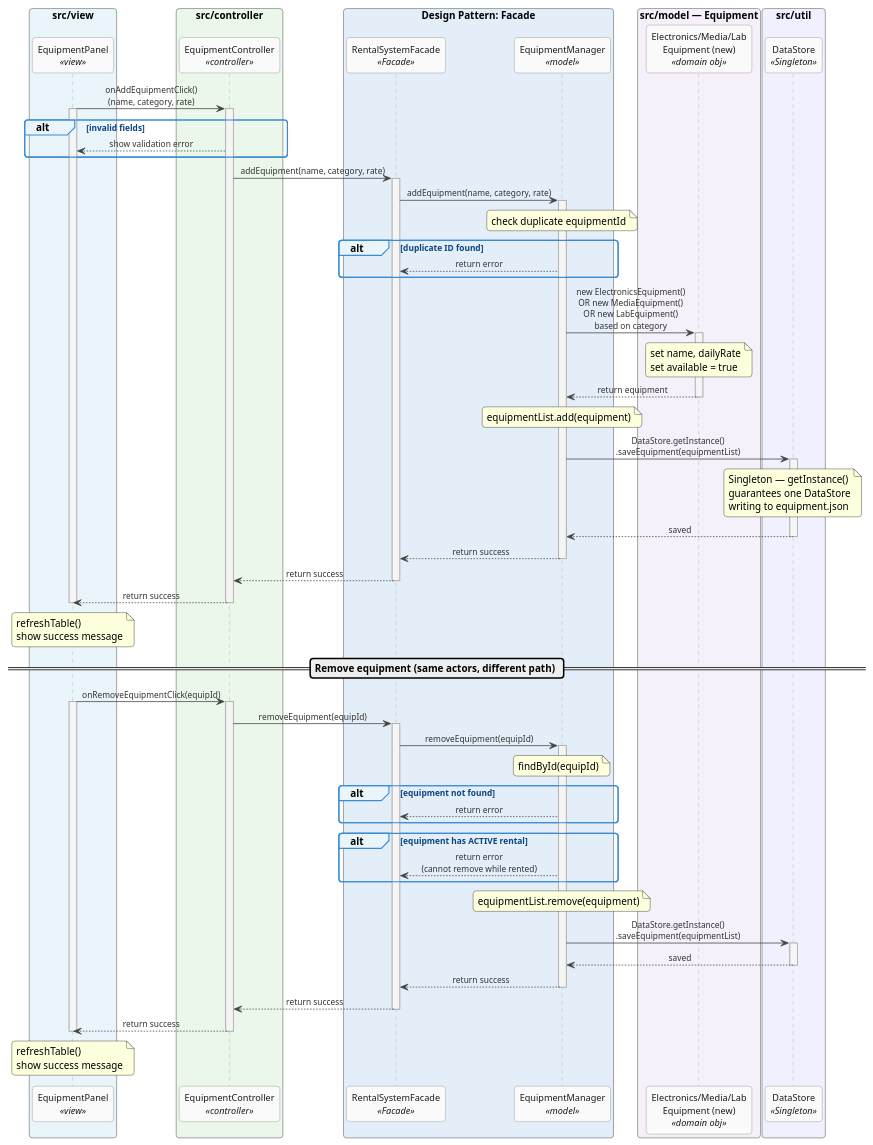
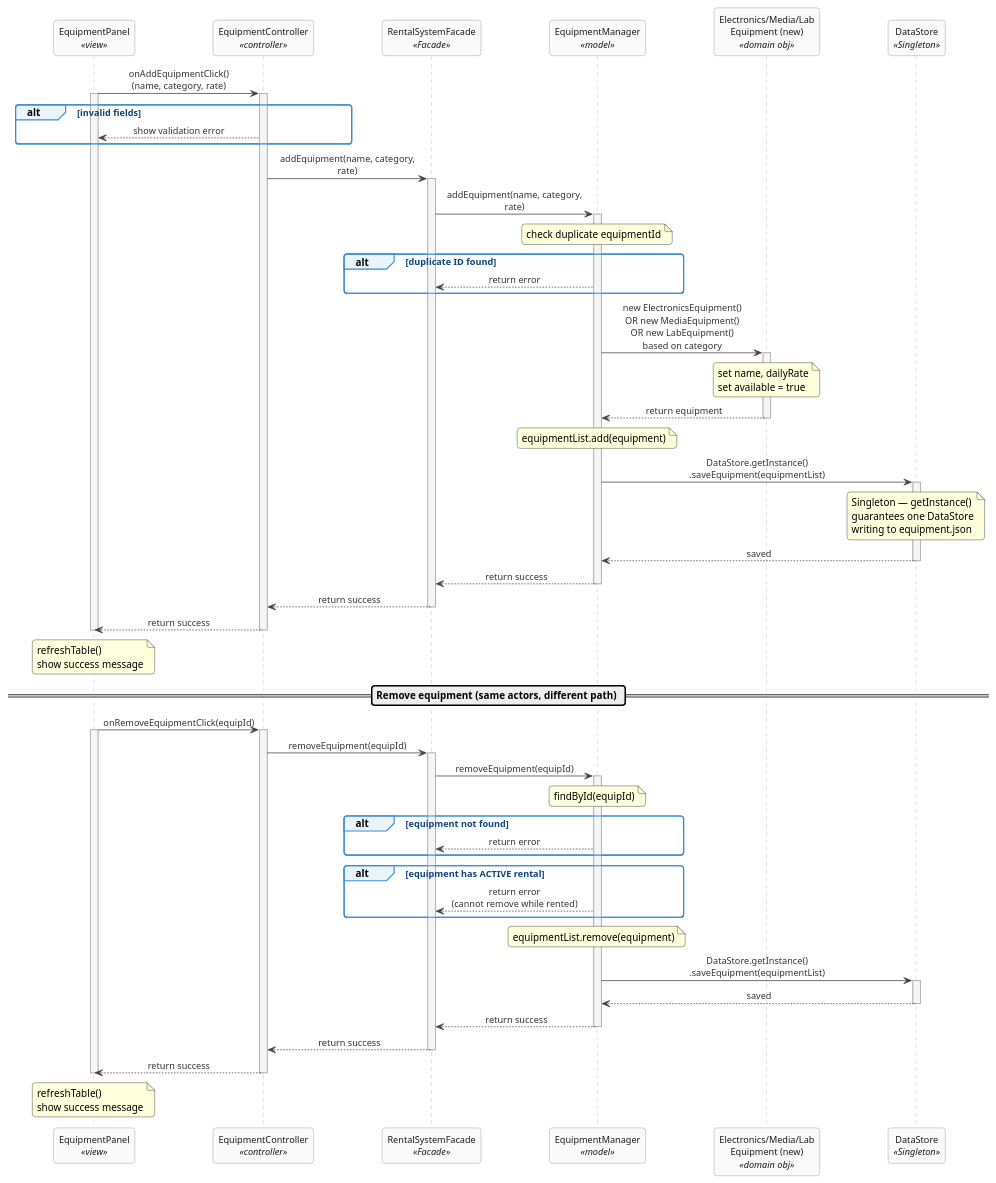
The diagram in diagrams/FINAL_sequence_manage_equipment.puml (sarafidi/G1_SmartEquipmentRental-BillingSystem), drawn with PlantUML before and after one commit. The commit also changed 12 other files, not shown here.

```diff
--- a/diagrams/FINAL_sequence_manage_equipment.puml
+++ b/diagrams/FINAL_sequence_manage_equipment.puml
@@ -1,171 +1,158 @@
 @startuml ManageEquipment
 
 skinparam sequenceMessageAlign center
 skinparam responseMessageBelowArrow true
 skinparam maxMessageSize 200
 skinparam roundcorner 8
 skinparam shadowing false
 skinparam stereotypePosition bottom
+skinparam ParticipantPadding 40
 
 skinparam participant {
   BackgroundColor #FAFAFA
   BorderColor     #888888
   FontColor       #1A1A1A
   FontSize        12
 }
 
 skinparam sequence {
   ArrowColor              #444441
-  ArrowFontSize           11
+  ArrowFontSize           12
   ArrowFontColor          #333333
   LifeLineBorderColor     #AAAAAA
   LifeLineBackgroundColor #F5F5F5
   GroupBackgroundColor    #EAF4FB
   GroupBorderColor        #3B8BD4
   GroupFontColor          #0C447C
-  GroupFontSize           11
+  GroupFontSize           12
   NoteBackgroundColor     #FFF8E8
   NoteBorderColor         #AAAAAA
-  NoteFontSize            11
+  NoteFontSize            12
 }
 
 ' ═══════════════════════════════════════════════════
 ' PARTICIPANTS — matches visual diagram 4
 ' 6 lifelines: EquipmentPanel, EquipmentController,
 '              Facade, EquipmentManager,
 '              Equipment (new obj), DataStore
 ' ═══════════════════════════════════════════════════
-box "src/view" #EAF4FB
-  participant "EquipmentPanel" as View <<view>>
-end box
-
-box "src/controller" #EAF7EA
-  participant "EquipmentController" as Ctrl <<controller>>
-end box
-
-box "Design Pattern: Facade" #E3EEF9
-  participant "RentalSystemFacade" as Facade <<Facade>>
-  participant "EquipmentManager" as EqMgr <<model>>
-end box
-
-box "src/model — Equipment" #F5F0FA
-  participant "Electronics/Media/Lab\nEquipment (new)" as EqObj <<domain obj>>
-end box
-
-box "src/util" #F0F0FF
-  participant "DataStore" as DS <<Singleton>>
-end box
+participant "EquipmentPanel" as View <<view>>
+participant "EquipmentController" as Ctrl <<controller>>
+participant "RentalSystemFacade" as Facade <<Facade>>
+participant "EquipmentManager" as EqMgr <<model>>
+participant "Electronics/Media/Lab\nEquipment (new)" as EqObj <<domain obj>>
+participant "DataStore" as DS <<Singleton>>
 
 ' ═══════════════════════════════════════════════════
 ' MESSAGE FLOW — matches visual diagram 4
 ' ═══════════════════════════════════════════════════
 
 ' Step 1 — Admin fills add-equipment form
 View -> Ctrl : onAddEquipmentClick()\n(name, category, rate)
 activate View
 activate Ctrl
 
 ' alt: invalid fields
 group alt [invalid fields]
   Ctrl --> View : show validation error
 end
 
 ' Step 2
 Ctrl -> Facade : addEquipment(name, category, rate)
 activate Facade
 
 ' Step 3
 Facade -> EqMgr : addEquipment(name, category, rate)
 activate EqMgr
 
 ' Step 4 — duplicate check
 note over EqMgr : check duplicate equipmentId
 
 group alt [duplicate ID found]
   EqMgr --> Facade : return error
 end
 
 ' Step 5 — polymorphism: instantiate correct subclass
 EqMgr -> EqObj : new ElectronicsEquipment()\nOR new MediaEquipment()\nOR new LabEquipment()\nbased on category
 activate EqObj
 
 ' Step 6
 note over EqObj : set name, dailyRate\nset available = true
 
 ' Step 7
 EqObj --> EqMgr : return equipment
 deactivate EqObj
 
 ' Step 8
 note over EqMgr : equipmentList.add(equipment)
 
 ' Step 9 — persist via Singleton
 EqMgr -> DS : DataStore.getInstance()\n.saveEquipment(equipmentList)
 activate DS
 
 note over DS : Singleton — getInstance()\nguarantees one DataStore\nwriting to equipment.json
 
 DS --> EqMgr : saved
 deactivate DS
 
 ' Step 12
 EqMgr --> Facade : return success
 deactivate EqMgr
 
 ' Step 13
 Facade --> Ctrl : return success
 deactivate Facade
 
 ' Step 14
 Ctrl --> View : return success
 deactivate Ctrl
 
 ' Step 15
 note over View : refreshTable()\nshow success message
 deactivate View
 
 ' ═══════════════════════════════════════════════════
 ' REMOVE EQUIPMENT — same diagram, separate flow
 ' ═══════════════════════════════════════════════════
 == Remove equipment (same actors, different path) ==
 
 View -> Ctrl : onRemoveEquipmentClick(equipId)
 activate View
 activate Ctrl
 
 Ctrl -> Facade : removeEquipment(equipId)
 activate Facade
 
 Facade -> EqMgr : removeEquipment(equipId)
 activate EqMgr
 
 note over EqMgr : findById(equipId)
 
 group alt [equipment not found]
   EqMgr --> Facade : return error
 end
 
 group alt [equipment has ACTIVE rental]
   EqMgr --> Facade : return error\n(cannot remove while rented)
 end
 
 note over EqMgr : equipmentList.remove(equipment)
 
 EqMgr -> DS : DataStore.getInstance()\n.saveEquipment(equipmentList)
 activate DS
 DS --> EqMgr : saved
 deactivate DS
 
 EqMgr --> Facade : return success
 deactivate EqMgr
 
 Facade --> Ctrl : return success
 deactivate Facade
 
 Ctrl --> View : return success
 deactivate Ctrl
 
 note over View : refreshTable()\nshow success message
 deactivate View
 
 @enduml
```
